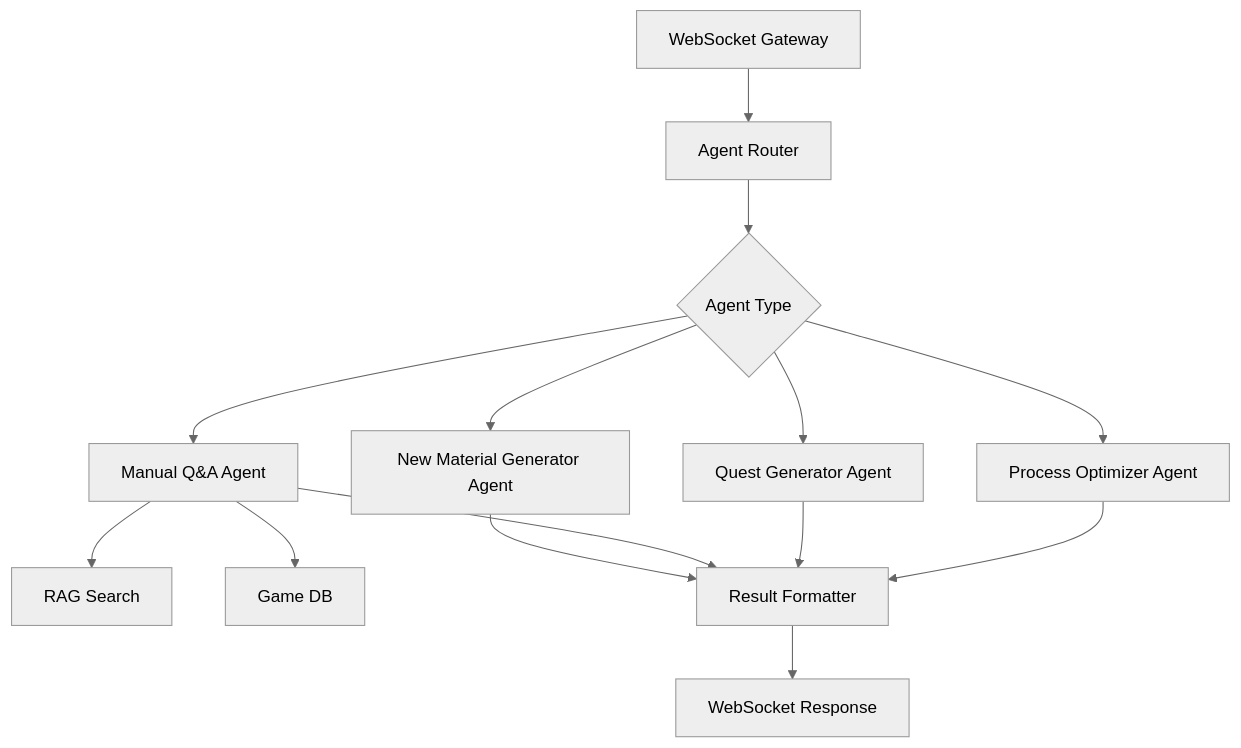
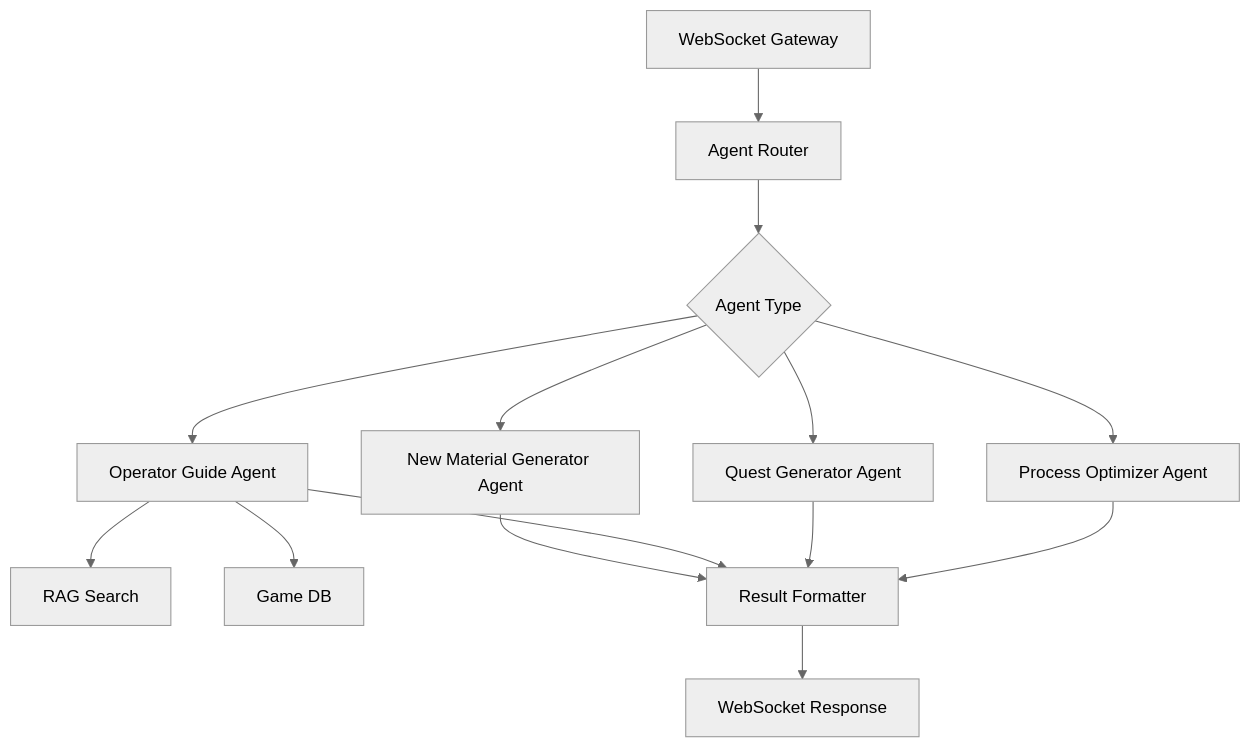
Before and after one commit to PU3-Lab/factory-space: the seventh of 10 diagrams in protocol_plans.md, drawn with Mermaid (neutral theme). The commit also changed other lines of this file and 25 other files, not shown here.

Commit message:
Refs #19 manual_qa를 operator_guide로 변경

````diff
--- a/protocol_plans.md
+++ b/protocol_plans.md
@@ -708,16 +708,16 @@
 ```mermaid
 flowchart TD
     A[WebSocket Gateway] --> B[Agent Router]
     B --> C{Agent Type}
     C --> D[Process Optimizer Agent]
     C --> E[Quest Generator Agent]
-    C --> F[Manual Q&A Agent]
+    C --> F[Operator Guide Agent]
     C --> G[New Material Generator Agent]
     F --> H[RAG Search]
     F --> I[Game DB]
     D --> J[Result Formatter]
     E --> J
     F --> J
     G --> J
     J --> K[WebSocket Response]
 ```
````
